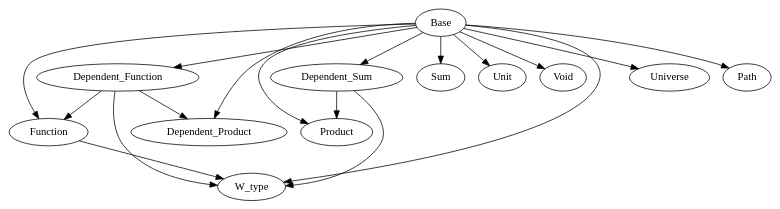
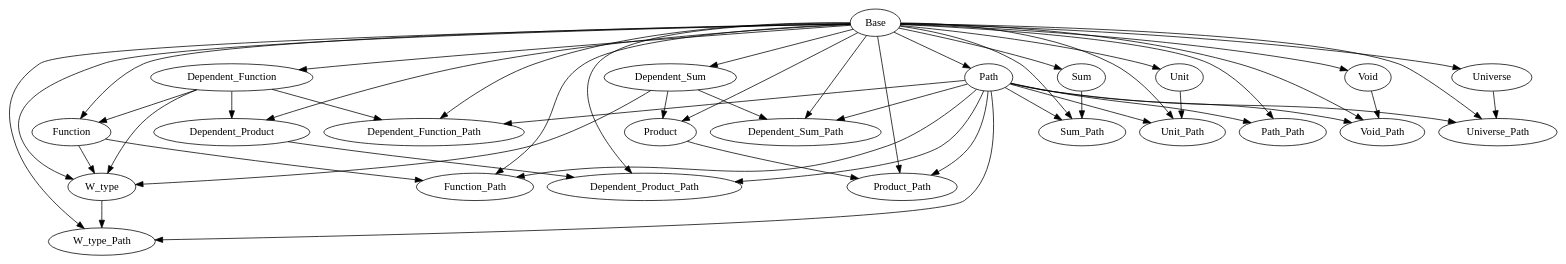
One commit to Hexirp/googology-in-coq changed the diagram in libraries/dependencies.gv. Above: the diagram before and after it, drawn with Graphviz.

Commit message:
Update: ライブラリを書き足す

```diff
--- a/libraries/dependencies.gv
+++ b/libraries/dependencies.gv
@@ -1,31 +1,74 @@
 digraph Dependencies {
   # Base
   # Dependent_Function
   "Base" -> "Dependent_Function";
   # Function
   "Base" -> "Function";
   "Dependent_Function" -> "Function";
   # Dependent_Product
   "Base" -> "Dependent_Product";
   "Dependent_Function" -> "Dependent_Product";
   # Dependent_Sum
   "Base" -> "Dependent_Sum";
   # Product
   "Base" -> "Product";
   "Dependent_Sum" -> "Product";
   # Sum
   "Base" -> "Sum";
   # Unit
   "Base" -> "Unit";
   # Void
   "Base" -> "Void";
   # W_type
   "Base" -> "W_type";
   "Dependent_Function" -> "W_type";
   "Function" -> "W_type";
   "Dependent_Sum" -> "W_type";
   # Universe
   "Base" -> "Universe";
   # Path
   "Base" -> "Path";
+  # Dependent_Function_Path
+  "Base" -> "Dependent_Function_Path";
+  "Dependent_Function" -> "Dependent_Function_Path";
+  "Path" -> "Dependent_Function_Path";
+  # Function_Path
+  "Base" -> "Function_Path";
+  "Function" -> "Function_Path";
+  "Path" -> "Function_Path";
+  # Dependent_Product_Path
+  "Base" -> "Dependent_Product_Path";
+  "Dependent_Product" -> "Dependent_Product_Path";
+  "Path" -> "Dependent_Product_Path";
+  # Dependent_Sum_Path
+  "Base" -> "Dependent_Sum_Path";
+  "Dependent_Sum" -> "Dependent_Sum_Path";
+  "Path" -> "Dependent_Sum_Path";
+  # Product_Path
+  "Base" -> "Product_Path";
+  "Product" -> "Product_Path";
+  "Path" -> "Product_Path";
+  # Sum_Path
+  "Base" -> "Sum_Path";
+  "Sum" -> "Sum_Path";
+  "Path" -> "Sum_Path";
+  # Unit_Path
+  "Base" -> "Unit_Path";
+  "Unit" -> "Unit_Path";
+  "Path" -> "Unit_Path";
+  # Void_Path
+  "Base" -> "Void_Path";
+  "Void" -> "Void_Path";
+  "Path" -> "Void_Path";
+  # W_type_Path
+  "Base" -> "W_type_Path";
+  "W_type" -> "W_type_Path";
+  "Path" -> "W_type_Path";
+  # Universe_Path
+  "Base" -> "Universe_Path";
+  "Universe" -> "Universe_Path";
+  "Path" -> "Universe_Path";
+  # Path_Path
+  "Base" -> "Path_Path";
+  "Path" -> "Path_Path";
 }
```
